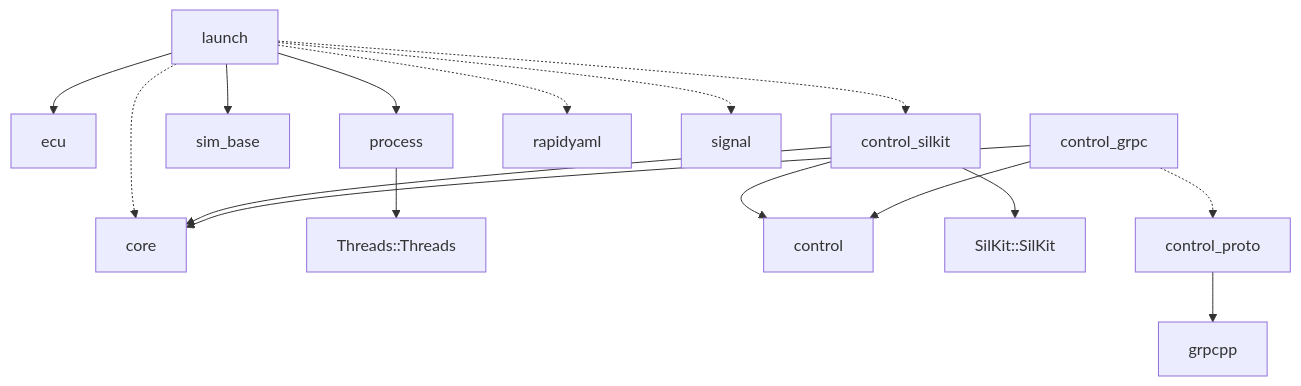
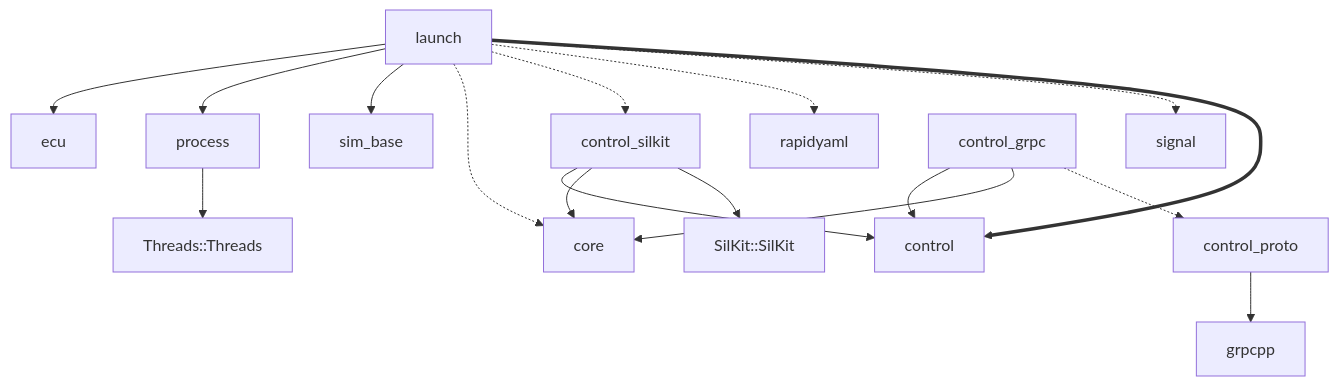
The sixth of 8 diagrams in docs/code-map.md (rahanahu/vehicle-sil), drawn with Mermaid before and after one commit. The commit also changed other lines of this file and 11 other files, not shown here.

````diff
--- a/docs/code-map.md
+++ b/docs/code-map.md
@@ -1327,18 +1328,19 @@
 ```mermaid
 flowchart TD
     launch --> ecu
     launch --> process
     launch --> sim_base
     launch -.-> core
     launch -.-> control_silkit
     launch -.-> rapidyaml
     launch -.-> signal
+    launch ==> control
     process --> Threads["Threads::Threads"]
     control_silkit --> control
     control_silkit --> core
     control_silkit --> SilKit["SilKit::SilKit"]
     control_grpc --> control
     control_grpc --> core
     control_grpc -.-> control_proto
     control_proto --> grpcpp
 ```
````
